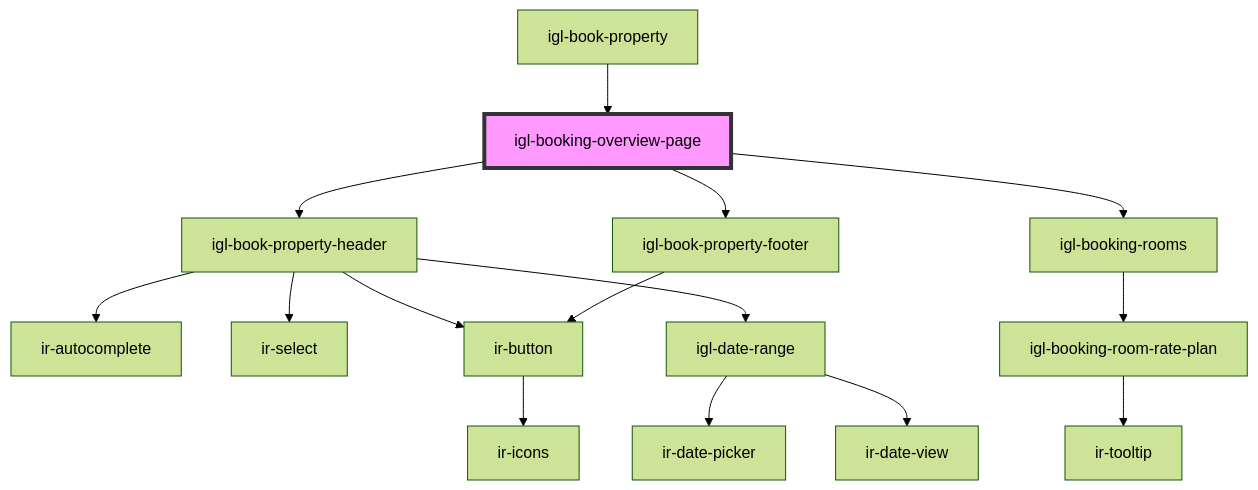
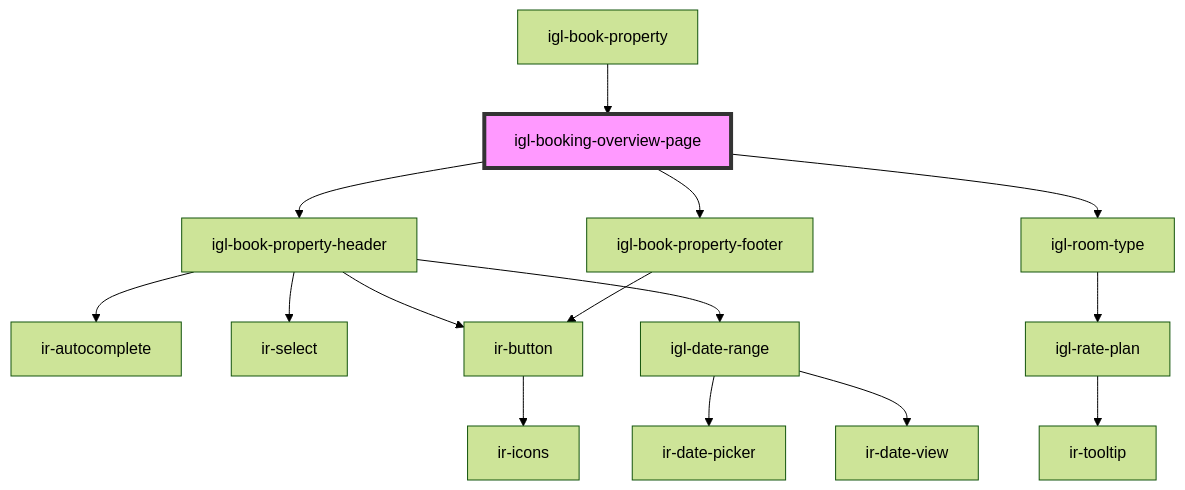
The diagram in src/components/igloo-calendar/igl-book-property/igl-booking-overview-page/readme.md (David1Chowaifaty/modified-ir-webcmp), drawn with Mermaid (forest theme) before and after one commit. The commit also changed other lines of this file and 28 other files, not shown here.

````diff
--- a/src/components/igloo-calendar/igl-book-property/igl-booking-overview-page/readme.md
+++ b/src/components/igloo-calendar/igl-book-property/igl-booking-overview-page/readme.md
@@ -49,18 +49,18 @@
 ```mermaid
 graph TD;
   igl-booking-overview-page --> igl-book-property-header
-  igl-booking-overview-page --> igl-booking-rooms
+  igl-booking-overview-page --> igl-room-type
   igl-booking-overview-page --> igl-book-property-footer
   igl-book-property-header --> ir-autocomplete
   igl-book-property-header --> ir-select
   igl-book-property-header --> ir-button
   igl-book-property-header --> igl-date-range
   ir-button --> ir-icons
   igl-date-range --> ir-date-picker
   igl-date-range --> ir-date-view
-  igl-booking-rooms --> igl-booking-room-rate-plan
-  igl-booking-room-rate-plan --> ir-tooltip
+  igl-room-type --> igl-rate-plan
+  igl-rate-plan --> ir-tooltip
   igl-book-property-footer --> ir-button
   igl-book-property --> igl-booking-overview-page
   style igl-booking-overview-page fill:#f9f,stroke:#333,stroke-width:4px
 ```
````
